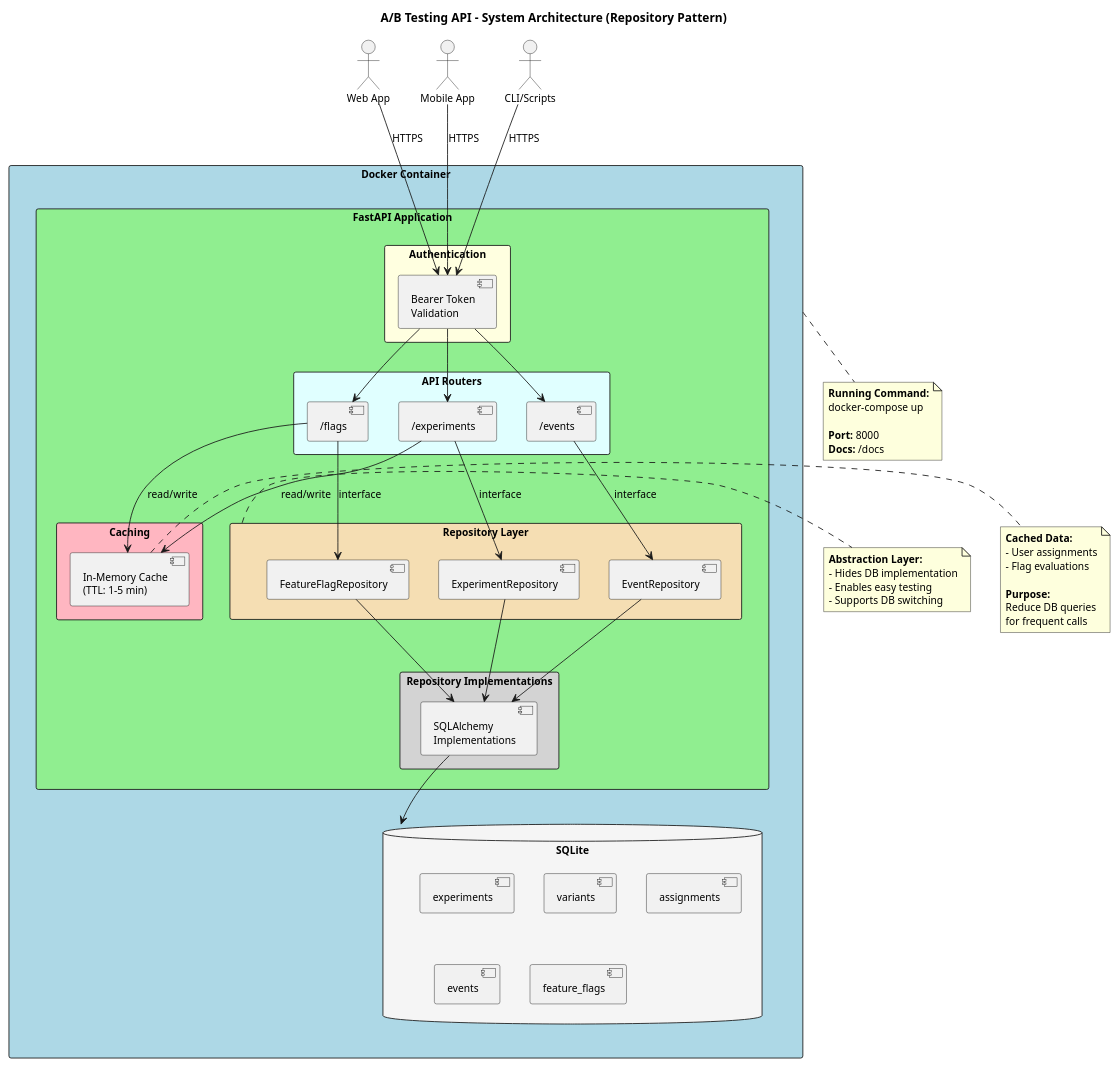
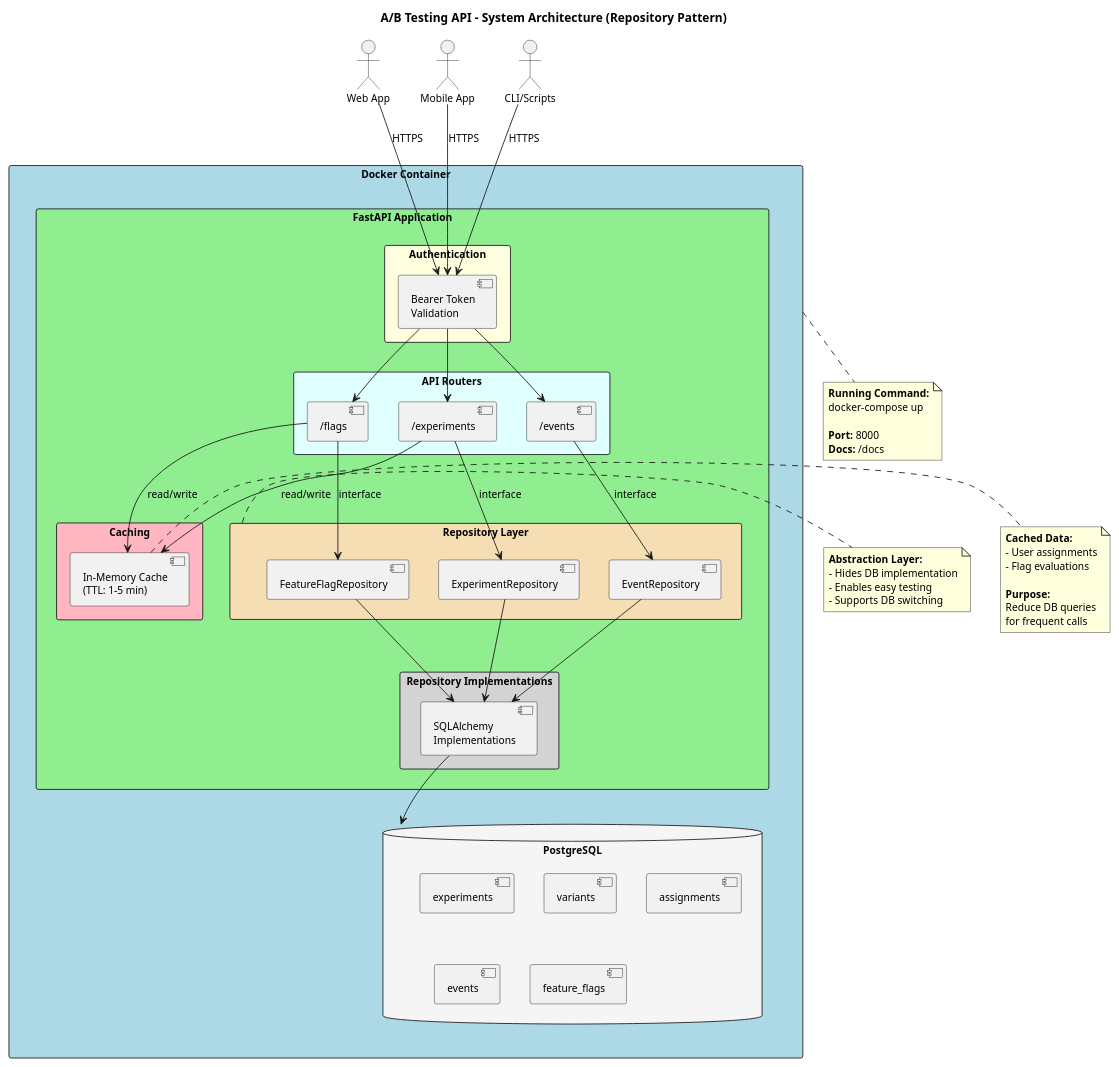
One commit to huangyingw/neonblue_ab_testing_api changed the diagram in docs/diagrams/system-architecture.puml. Above: the diagram before and after it, drawn with PlantUML. The commit also changed 2 other files, not shown here.

Commit message:
Update PlantUML diagrams for Repository pattern
- Update system-architecture.puml: SQLite -> PostgreSQL
- Redesign deployment.puml: Show all Docker profiles with PostgreSQL
- Enhance DESIGN.md with:
  - Updated technology choices (PostgreSQL 16)
  - Architecture Highlights for Reviewers section
  - Extensibility Points table
  - Design Patterns Used summary
  - SOLID principles compliance notes
  - Test Strategy diagram
  - Future Roadmap phases

```diff
--- a/docs/diagrams/system-architecture.puml
+++ b/docs/diagrams/system-architecture.puml
@@ -1,100 +1,100 @@
 @startuml System Architecture
 
 skinparam backgroundColor white
 skinparam defaultFontSize 12
 
 title A/B Testing API - System Architecture (Repository Pattern)
 
 ' ===== Clients =====
 actor "Web App" as Web
 actor "Mobile App" as Mobile
 actor "CLI/Scripts" as CLI
 
 ' ===== API Layer =====
 rectangle "Docker Container" as Docker #LightBlue {
 
     rectangle "FastAPI Application" as API #LightGreen {
 
         rectangle "Authentication" as AuthLayer #LightYellow {
             [Bearer Token\nValidation] as Auth
         }
 
         rectangle "API Routers" as Endpoints #LightCyan {
             [/experiments] as Exp
             [/events] as Event
             [/flags] as Flags
         }
 
         rectangle "Caching" as CacheLayer #LightPink {
             [In-Memory Cache\n(TTL: 1-5 min)] as Cache
         }
 
         rectangle "Repository Layer" as RepoLayer #Wheat {
             [ExperimentRepository] as ExpRepo
             [EventRepository] as EventRepo
             [FeatureFlagRepository] as FlagRepo
         }
 
         rectangle "Repository Implementations" as RepoImpl #LightGray {
             [SQLAlchemy\nImplementations] as SQLAImpl
         }
     }
 
-    database "SQLite" as DB #WhiteSmoke {
+    database "PostgreSQL" as DB #WhiteSmoke {
         [experiments]
         [variants]
         [assignments]
         [events]
         [feature_flags]
     }
 }
 
 ' ===== Connections =====
 Web --> Auth : HTTPS
 Mobile --> Auth : HTTPS
 CLI --> Auth : HTTPS
 
 Auth --> Exp
 Auth --> Event
 Auth --> Flags
 
 Exp --> Cache : read/write
 Flags --> Cache : read/write
 
 Exp --> ExpRepo : interface
 Event --> EventRepo : interface
 Flags --> FlagRepo : interface
 
 ExpRepo --> SQLAImpl
 EventRepo --> SQLAImpl
 FlagRepo --> SQLAImpl
 
 SQLAImpl --> DB
 
 ' ===== Notes =====
 note bottom of Docker
   **Running Command:**
   docker-compose up
 
   **Port:** 8000
   **Docs:** /docs
 end note
 
 note right of RepoLayer
   **Abstraction Layer:**
   - Hides DB implementation
   - Enables easy testing
   - Supports DB switching
 end note
 
 note right of Cache
   **Cached Data:**
   - User assignments
   - Flag evaluations
 
   **Purpose:**
   Reduce DB queries
   for frequent calls
 end note
 
 @enduml
```
